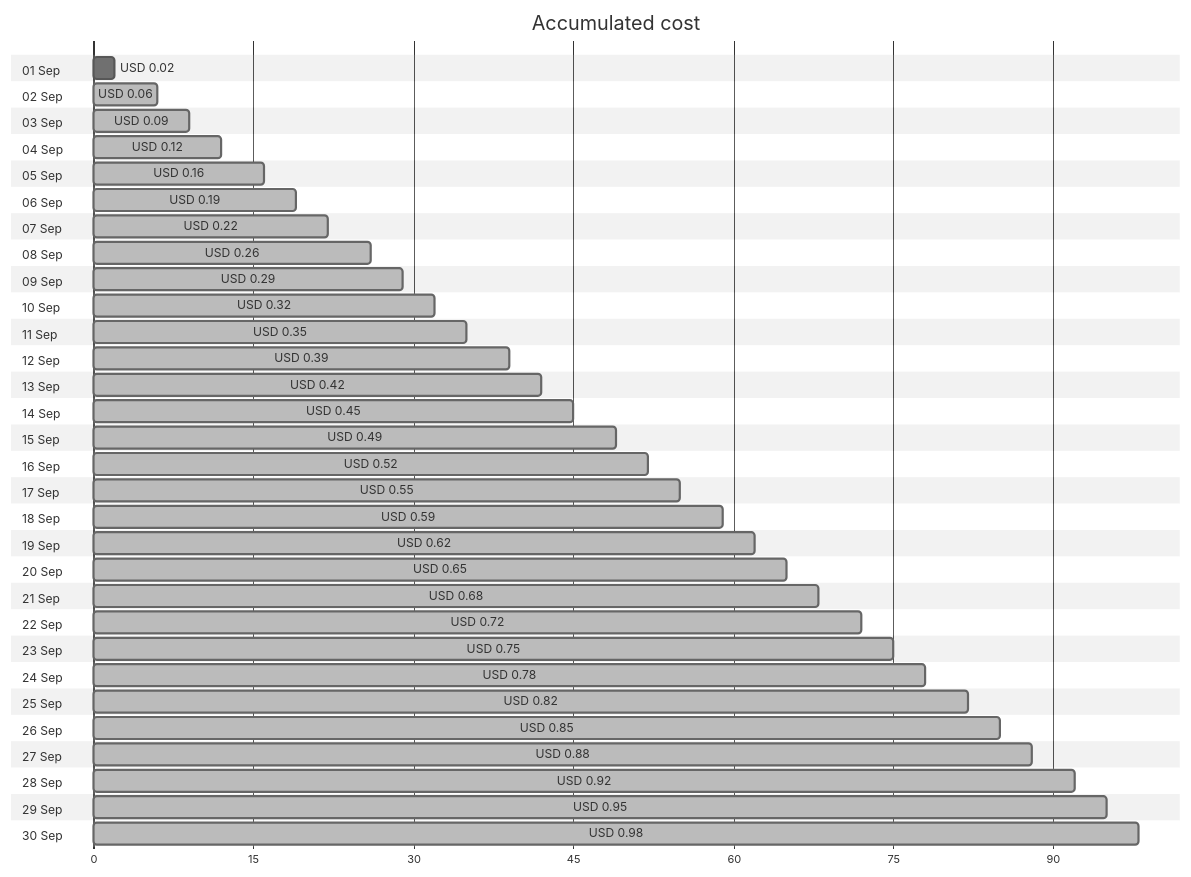
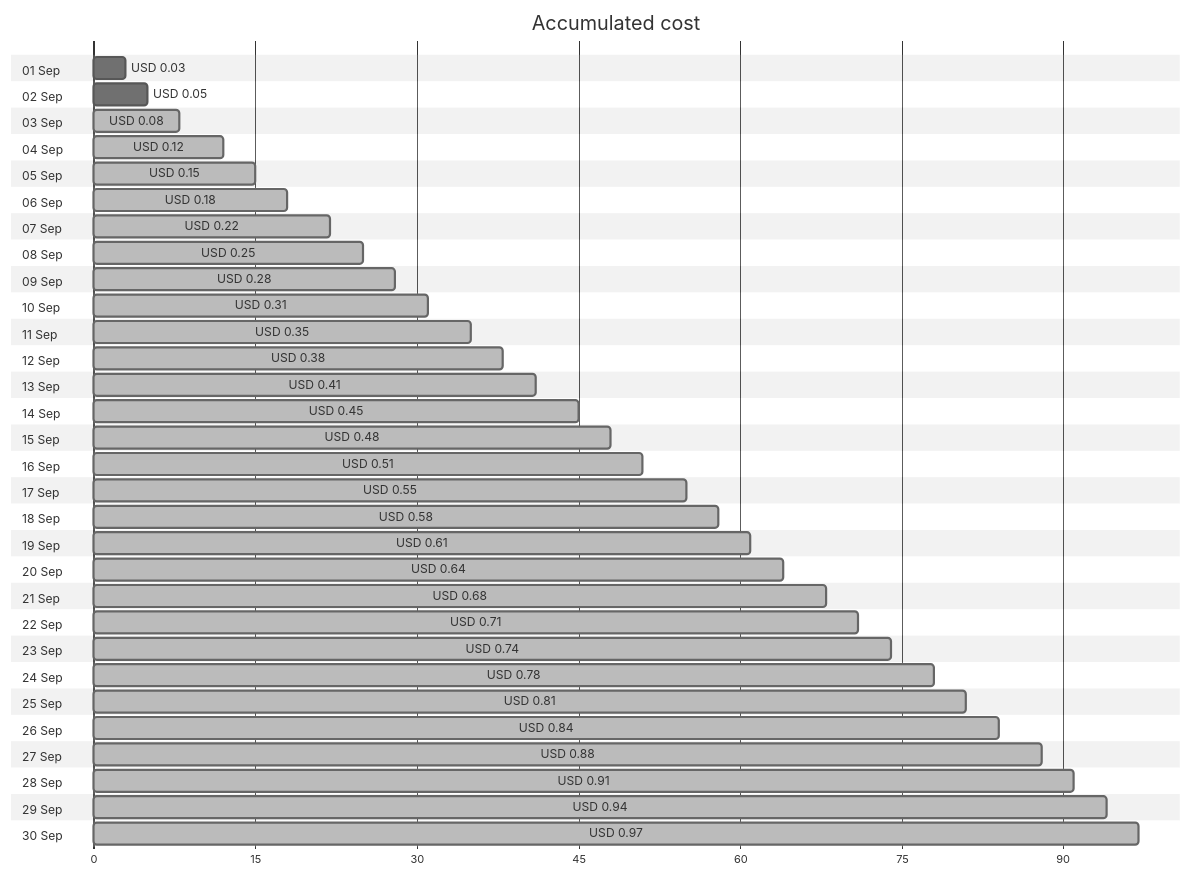
Before and after one commit to jpfulton/azure-personal-reports: the first of 4 diagrams in cost-reports/personal-dns/README.md, drawn with Mermaid (neutral theme). The commit also changed other lines of this file and 2 other files, not shown here.

Commit message:
Generated reports [skip ci]

````diff
--- a/cost-reports/personal-dns/README.md
+++ b/cost-reports/personal-dns/README.md
@@ -20,66 +20,66 @@
 ```mermaid
 gantt
    title Accumulated cost
    dateFormat  X
    axisFormat %s
    section 01 Sep
-   USD 0.02 :0, 2
+   USD 0.03 :0, 3
    section 02 Sep
-   USD 0.06 : done, 0, 6
+   USD 0.05 :0, 5
    section 03 Sep
-   USD 0.09 : done, 0, 9
+   USD 0.08 : done, 0, 8
    section 04 Sep
    USD 0.12 : done, 0, 12
    section 05 Sep
-   USD 0.16 : done, 0, 16
+   USD 0.15 : done, 0, 15
    section 06 Sep
-   USD 0.19 : done, 0, 19
+   USD 0.18 : done, 0, 18
    section 07 Sep
    USD 0.22 : done, 0, 22
    section 08 Sep
-   USD 0.26 : done, 0, 26
+   USD 0.25 : done, 0, 25
    section 09 Sep
-   USD 0.29 : done, 0, 29
+   USD 0.28 : done, 0, 28
    section 10 Sep
-   USD 0.32 : done, 0, 32
+   USD 0.31 : done, 0, 31
    section 11 Sep
    USD 0.35 : done, 0, 35
    section 12 Sep
-   USD 0.39 : done, 0, 39
+   USD 0.38 : done, 0, 38
    section 13 Sep
-   USD 0.42 : done, 0, 42
+   USD 0.41 : done, 0, 41
    section 14 Sep
    USD 0.45 : done, 0, 45
    section 15 Sep
-   USD 0.49 : done, 0, 49
+   USD 0.48 : done, 0, 48
    section 16 Sep
-   USD 0.52 : done, 0, 52
+   USD 0.51 : done, 0, 51
    section 17 Sep
    USD 0.55 : done, 0, 55
    section 18 Sep
-   USD 0.59 : done, 0, 59
+   USD 0.58 : done, 0, 58
    section 19 Sep
-   USD 0.62 : done, 0, 62
+   USD 0.61 : done, 0, 61
    section 20 Sep
-   USD 0.65 : done, 0, 65
+   USD 0.64 : done, 0, 64
    section 21 Sep
    USD 0.68 : done, 0, 68
    section 22 Sep
-   USD 0.72 : done, 0, 72
+   USD 0.71 : done, 0, 71
    section 23 Sep
-   USD 0.75 : done, 0, 75
+   USD 0.74 : done, 0, 74
    section 24 Sep
    USD 0.78 : done, 0, 78
    section 25 Sep
-   USD 0.82 : done, 0, 82
+   USD 0.81 : done, 0, 81
    section 26 Sep
-   USD 0.85 : done, 0, 85
+   USD 0.84 : done, 0, 84
    section 27 Sep
    USD 0.88 : done, 0, 88
    section 28 Sep
-   USD 0.92 : done, 0, 92
+   USD 0.91 : done, 0, 91
    section 29 Sep
-   USD 0.95 : done, 0, 95
+   USD 0.94 : done, 0, 94
    section 30 Sep
-   USD 0.98 : done, 0, 98
+   USD 0.97 : done, 0, 97
 ```
````
